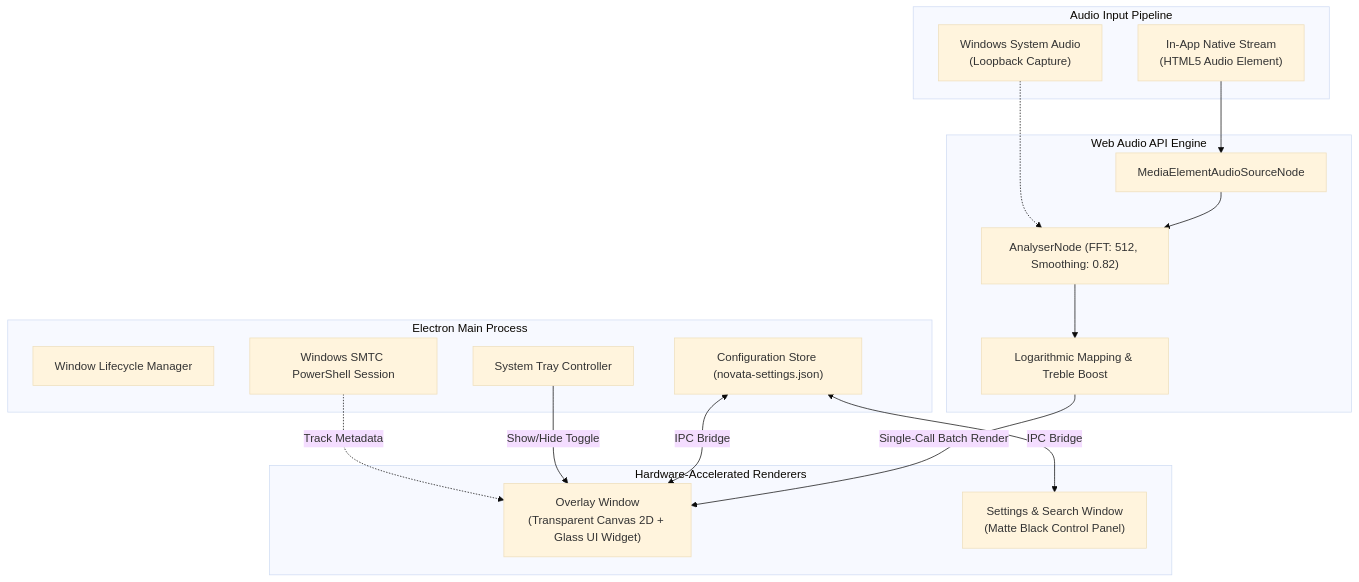
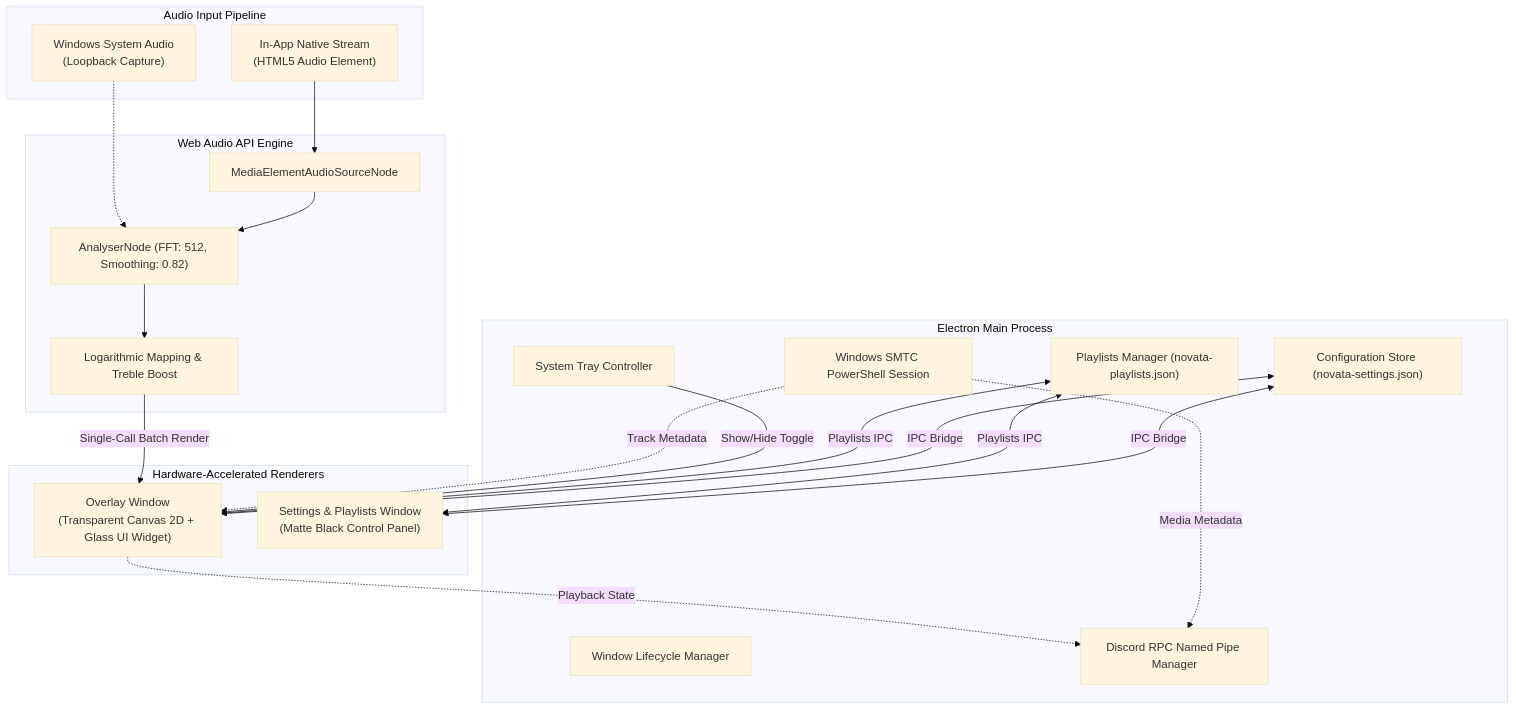
The diagram in README.md (Duxgfun/novata), drawn with Mermaid (base theme) before and after one commit. The commit also changed other lines of this file and 13 other files, not shown here.

Commit message:
feat: release beta nvt_0.2 with Discord RPC, Multi-Playlists, and Startup Music

````diff
--- a/README.md
+++ b/README.md
@@ -149,36 +180,42 @@
 ```mermaid
 flowchart TD
     subgraph AudioSource["Audio Input Pipeline"]
         A1["In-App Native Stream\n(HTML5 Audio Element)"]
         A2["Windows System Audio\n(Loopback Capture)"]
     end
 
     subgraph AudioEngine["Web Audio API Engine"]
         B1["MediaElementAudioSourceNode"]
         B2["AnalyserNode (FFT: 512, Smoothing: 0.82)"]
         B3["Logarithmic Mapping & Treble Boost"]
     end
 
     subgraph MainProcess["Electron Main Process"]
         C1["Window Lifecycle Manager"]
         C2["System Tray Controller"]
         C3["Configuration Store (novata-settings.json)"]
-        C4["Windows SMTC PowerShell Session"]
+        C4["Playlists Manager (novata-playlists.json)"]
+        C5["Discord RPC Named Pipe Manager"]
+        C6["Windows SMTC PowerShell Session"]
     end
 
     subgraph Renderers["Hardware-Accelerated Renderers"]
         D1["Overlay Window\n(Transparent Canvas 2D + Glass UI Widget)"]
-        D2["Settings & Search Window\n(Matte Black Control Panel)"]
+        D2["Settings & Playlists Window\n(Matte Black Control Panel)"]
     end
 
     A1 --> B1
     B1 --> B2
     A2 -.-> B2
     B2 --> B3
     B3 -->|"Single-Call Batch Render"| D1
 
     C3 <-->|"IPC Bridge"| D1
     C3 <-->|"IPC Bridge"| D2
+    C4 <-->|"Playlists IPC"| D1
+    C4 <-->|"Playlists IPC"| D2
     C2 -->|"Show/Hide Toggle"| D1
-    C4 -.->|"Track Metadata"| D1
+    C6 -.->|"Track Metadata"| D1
+    C6 -.->|"Media Metadata"| C5
+    D1 -.->|"Playback State"| C5
 ```
````
